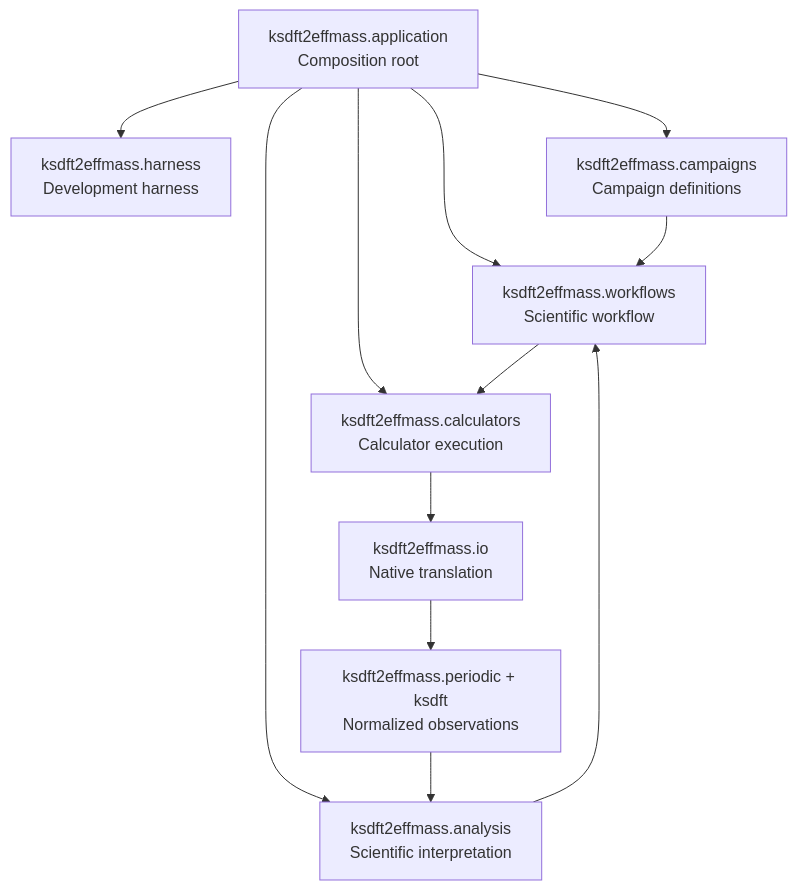
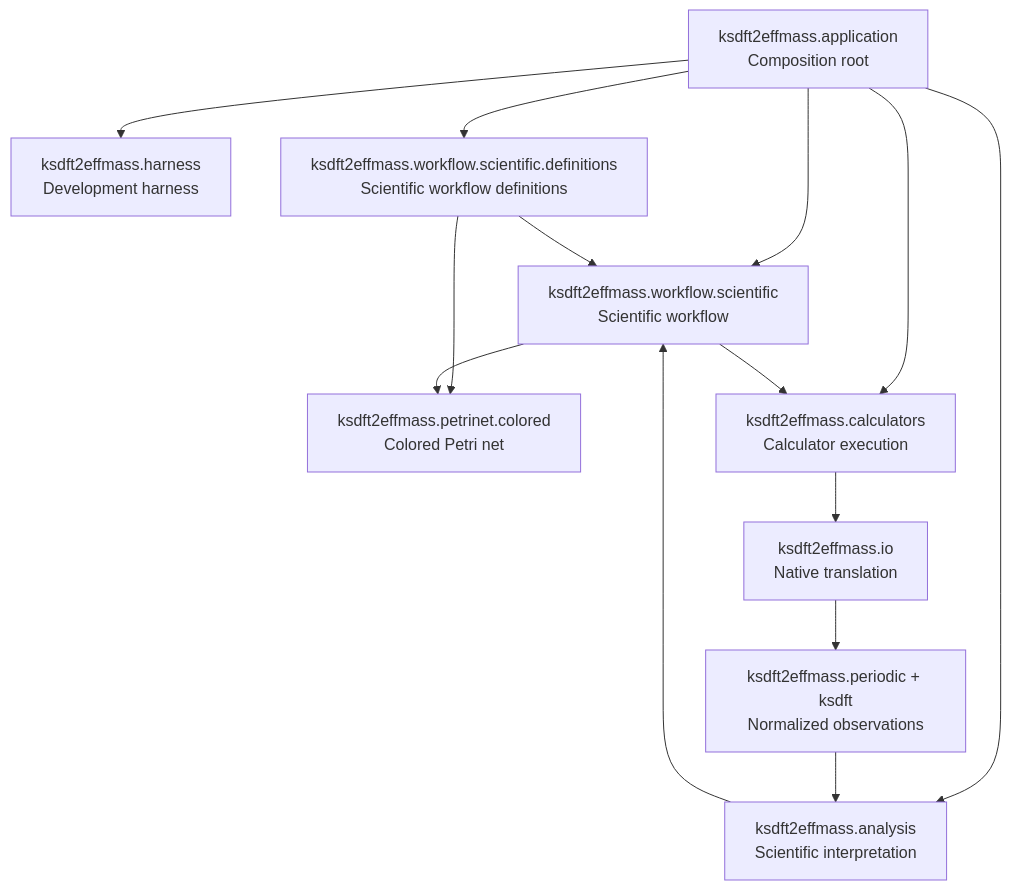
The diagram in docs/architecture/v2/index.md (eragasa/ksdft2effmass), drawn with Mermaid before and after one commit. The commit also changed other lines of this file and 85 other files, not shown here.

Commit message:
docs(architecture): define workflow and harness agent v2

````diff
--- a/docs/architecture/v2/index.md
+++ b/docs/architecture/v2/index.md
@@ -7,23 +7,26 @@
 ```mermaid
 flowchart TB
     application["ksdft2effmass.application<br/>Composition root"]
     harness["ksdft2effmass.harness<br/>Development harness"]
-    workflows["ksdft2effmass.workflows<br/>Scientific workflow"]
-    campaigns["ksdft2effmass.campaigns<br/>Campaign definitions"]
+    workflows["ksdft2effmass.workflow.scientific<br/>Scientific workflow"]
+    petrinet["ksdft2effmass.petrinet.colored<br/>Colored Petri net"]
+    definitions["ksdft2effmass.workflow.scientific.definitions<br/>Scientific workflow definitions"]
     calculators["ksdft2effmass.calculators<br/>Calculator execution"]
     io["ksdft2effmass.io<br/>Native translation"]
     observations["ksdft2effmass.periodic + ksdft<br/>Normalized observations"]
     analysis["ksdft2effmass.analysis<br/>Scientific interpretation"]
 
     application --> harness
     application --> workflows
-    application --> campaigns
+    application --> definitions
     application --> calculators
     application --> analysis
-    campaigns --> workflows
+    definitions --> workflows
+    definitions --> petrinet
+    workflows --> petrinet
     workflows --> calculators
     calculators --> io
     io --> observations
     observations --> analysis
     analysis --> workflows
 ```
````
